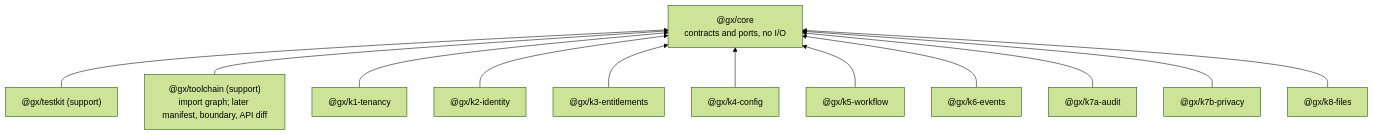
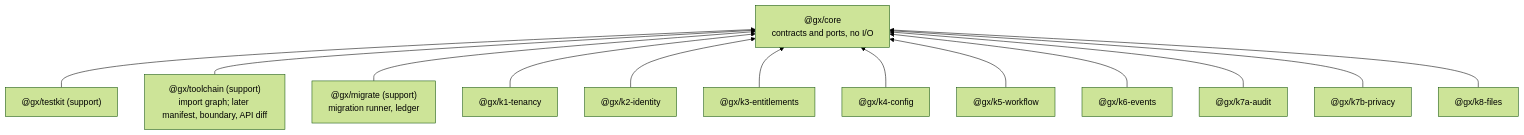
The fifth of 5 diagrams in docs/architecture/system-design.md (AadarshMishraa/epc_dashboard), drawn with Mermaid (forest theme) before and after one commit. The commit also changed other lines of this file and 46 other files, not shown here.

First line of the commit message:
feat(K0-T05): migration framework @gx/migrate

````diff
--- a/docs/architecture/system-design.md
+++ b/docs/architecture/system-design.md
@@ -83,15 +83,16 @@
 ```mermaid
 flowchart BT
   core["@gx/core<br/>contracts and ports, no I/O"]
   testkit["@gx/testkit (support)"] --> core
   toolchain["@gx/toolchain (support)<br/>import graph; later manifest, boundary, API diff"] --> core
+  migrate["@gx/migrate (support)<br/>migration runner, ledger"] --> core
   k1["@gx/k1-tenancy"] --> core
   k2["@gx/k2-identity"] --> core
   k3["@gx/k3-entitlements"] --> core
   k4["@gx/k4-config"] --> core
   k5["@gx/k5-workflow"] --> core
   k6["@gx/k6-events"] --> core
   k7a["@gx/k7a-audit"] --> core
   k7b["@gx/k7b-privacy"] --> core
   k8["@gx/k8-files"] --> core
 ```
````
